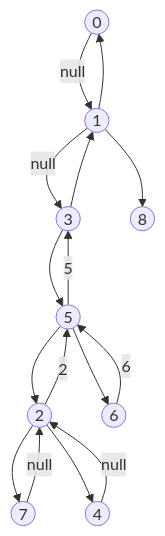
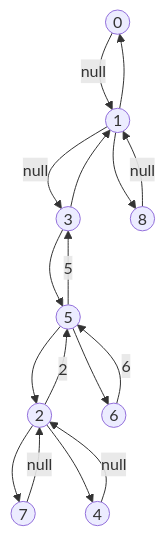
Before and after one commit to Katherine-Deng/notes: the eighth of 8 diagrams in source/_posts/Tree-and-Tree-Traversal.md, drawn with Mermaid. The commit also changed other lines of this file and 3 other files, not shown here.

```diff
--- a/source/_posts/Tree-and-Tree-Traversal.md
+++ b/source/_posts/Tree-and-Tree-Traversal.md
@@ -1342,17 +1757,18 @@
 {% mermaid graph TD %}
     3((3)) --> 5((5))
     5 --> 6((6))
     5 --> 2((2))
     2 --> 7((7))
     2 --> 4((4))
     3 --> 1((1))
     1 --> 0((0))
     1 --> 8((8))
     7 -- null --> 2
     4 -- null --> 2
     2 -- 2 --> 5
     6 -- 6 --> 5
     5 -- 5 --> 3
     1 -- null --> 3
     0 -- null --> 1
+    8 -- null --> 1
 {% endmermaid %}
```
